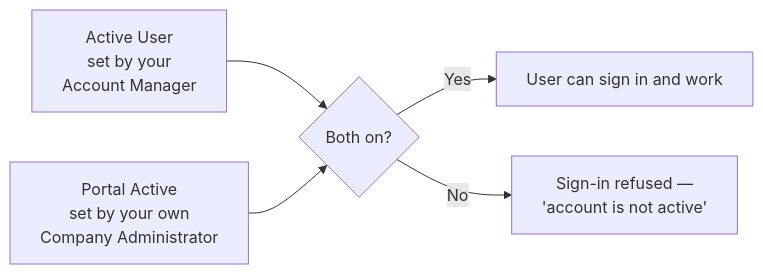
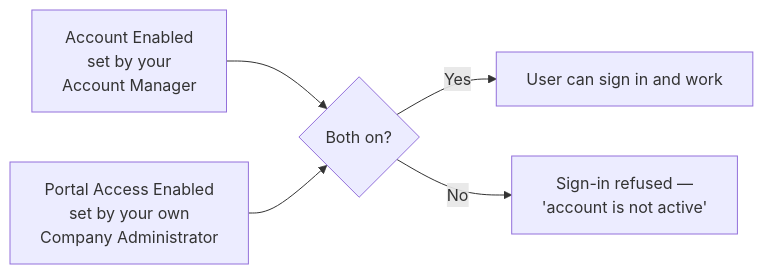
One commit to LaplaceSoftware/lp_projects_docs changed the second of 2 diagrams in docs_client/_client_user_guide/002-User-Roles-and-Permissions.md. Above: the diagram before and after it, drawn with Mermaid. The commit also changed other lines of this file and 48 other files, not shown here.

````diff
--- a/docs_client/_client_user_guide/002-User-Roles-and-Permissions.md
+++ b/docs_client/_client_user_guide/002-User-Roles-and-Permissions.md
@@ -47,7 +47,7 @@
 ```mermaid
 flowchart LR
-    A["Active User<br/>set by your<br/>Account Manager"] --> AND{"Both on?"}
-    B["Portal Active<br/>set by your own<br/>Company Administrator"] --> AND
+    A["Account Enabled<br/>set by your<br/>Account Manager"] --> AND{"Both on?"}
+    B["Portal Access Enabled<br/>set by your own<br/>Company Administrator"] --> AND
     AND -->|Yes| OK["User can sign in and work"]
     AND -->|No| NO["Sign-in refused —<br/>'account is not active'"]
 ```
````
